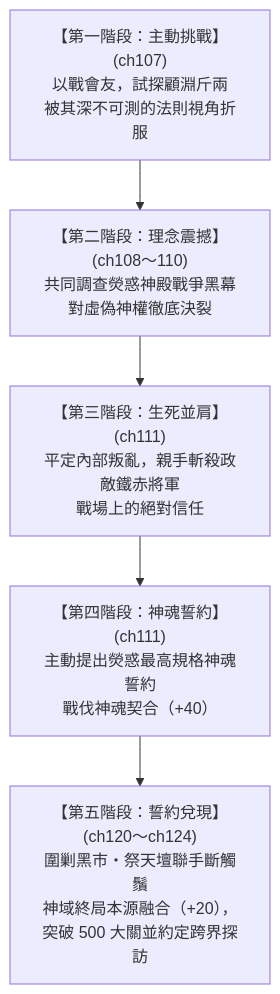
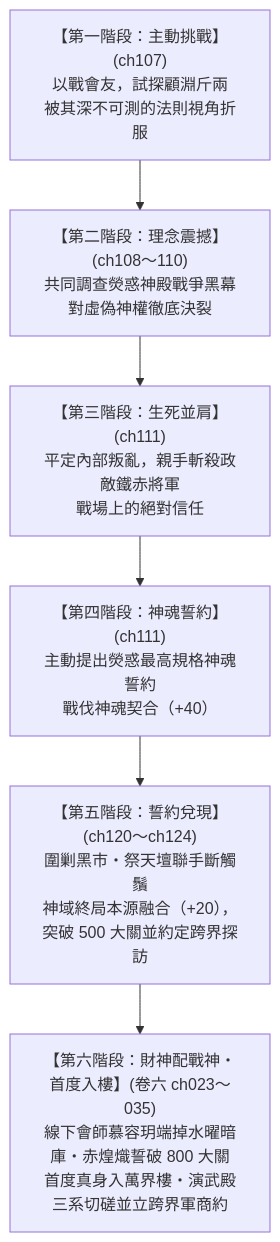
One commit to wade-fs/novel changed the diagram in sex/docs/characters/he_la_di_ya.md. Above: the diagram before and after it, drawn with Mermaid. The commit also changed other lines of this file and 81 other files, not shown here.

````diff
--- a/sex/docs/characters/he_la_di_ya.md
+++ b/sex/docs/characters/he_la_di_ya.md
@@ -46,10 +46,11 @@
 ```mermaid
 flowchart TD
     Phase1["【第一階段：主動挑戰】(ch107)<br>以戰會友，試探顧淵斤兩<br>被其深不可測的法則視角折服"]
     Phase2["【第二階段：理念震撼】(ch108～110)<br>共同調查熒惑神殿戰爭黑幕<br>對虛偽神權徹底決裂"]
     Phase3["【第三階段：生死並肩】(ch111)<br>平定內部叛亂，親手斬殺政敵鐵赤將軍<br>戰場上的絕對信任"]
     Phase4["【第四階段：神魂誓約】(ch111)<br>主動提出熒惑最高規格神魂誓約<br>戰伐神魂契合（+40）"]
     Phase5["【第五階段：誓約兌現】(ch120～ch124)<br>圍剿黑市・祭天壇聯手斷觸鬚<br>神域終局本源融合（+20），突破 500 大關並約定跨界探訪"]
+    Phase6["【第六階段：財神配戰神・首度入樓】(卷六 ch023～035)<br>線下會師慕容玥端掉水曜暗庫・赤煌熾誓破 800 大關<br>首度真身入萬界樓・演武殿三系切磋並立跨界軍商約"]
 
-    Phase1 --> Phase2 --> Phase3 --> Phase4 --> Phase5
+    Phase1 --> Phase2 --> Phase3 --> Phase4 --> Phase5 --> Phase6
 ```
````
